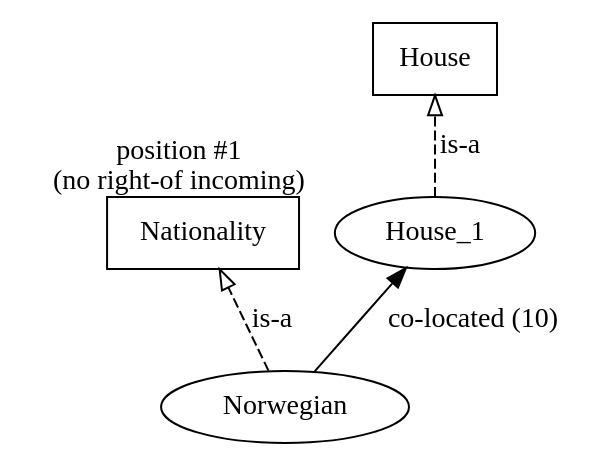
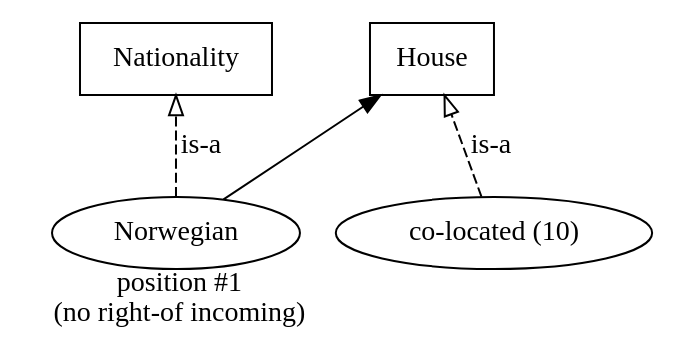
The fifth of 6 diagrams in docs/kernel/ir/01-ein-graph/01_kb.md (agutikov/ein), drawn with Graphviz before and after one commit. The commit also changed other lines of this file and 90 other files, not shown here.

````diff
--- a/docs/kernel/ir/01-ein-graph/01_kb.md
+++ b/docs/kernel/ir/01-ein-graph/01_kb.md
@@ -318,13 +318,13 @@
 ```dot
 digraph zebra_fragment_compact {
   rankdir=BT;
   Nationality [shape=box];
   House       [shape=box];
   Norwegian   [shape=ellipse];
-  House_1     [shape=ellipse];
+  House-1     [shape=ellipse];
   Norwegian -> Nationality [label="is-a", style=dashed, arrowhead=empty];
-  House_1   -> House       [label="is-a", style=dashed, arrowhead=empty];
-  Norwegian -> House_1     [label="co-located (10)"];
-  House_1   [xlabel="position #1\n(no right-of incoming)", labeljust=l];
+  House-1   -> House       [label="is-a", style=dashed, arrowhead=empty];
+  Norwegian -> House-1     [label="co-located (10)"];
+  House-1   [xlabel="position #1\n(no right-of incoming)", labeljust=l];
 }
 ```
````
